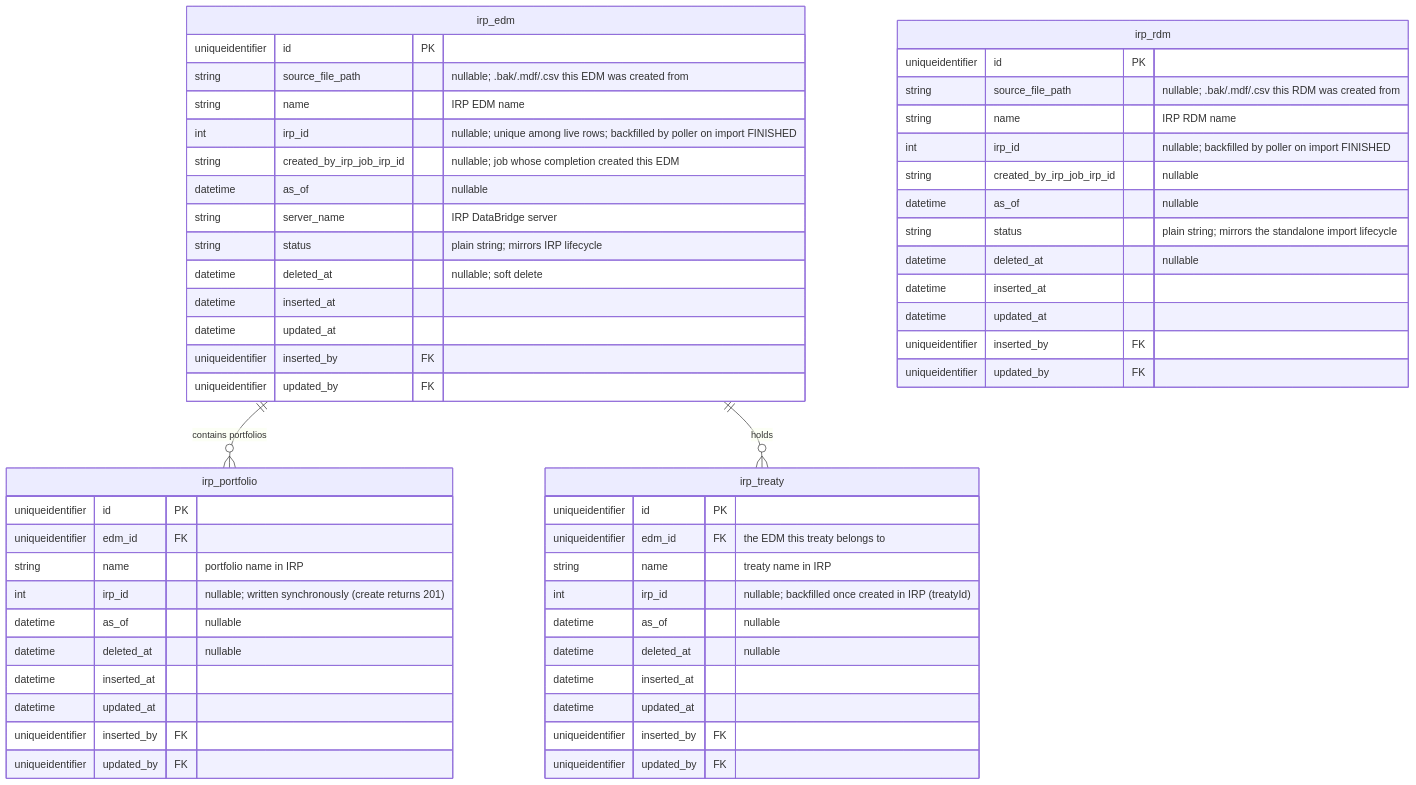
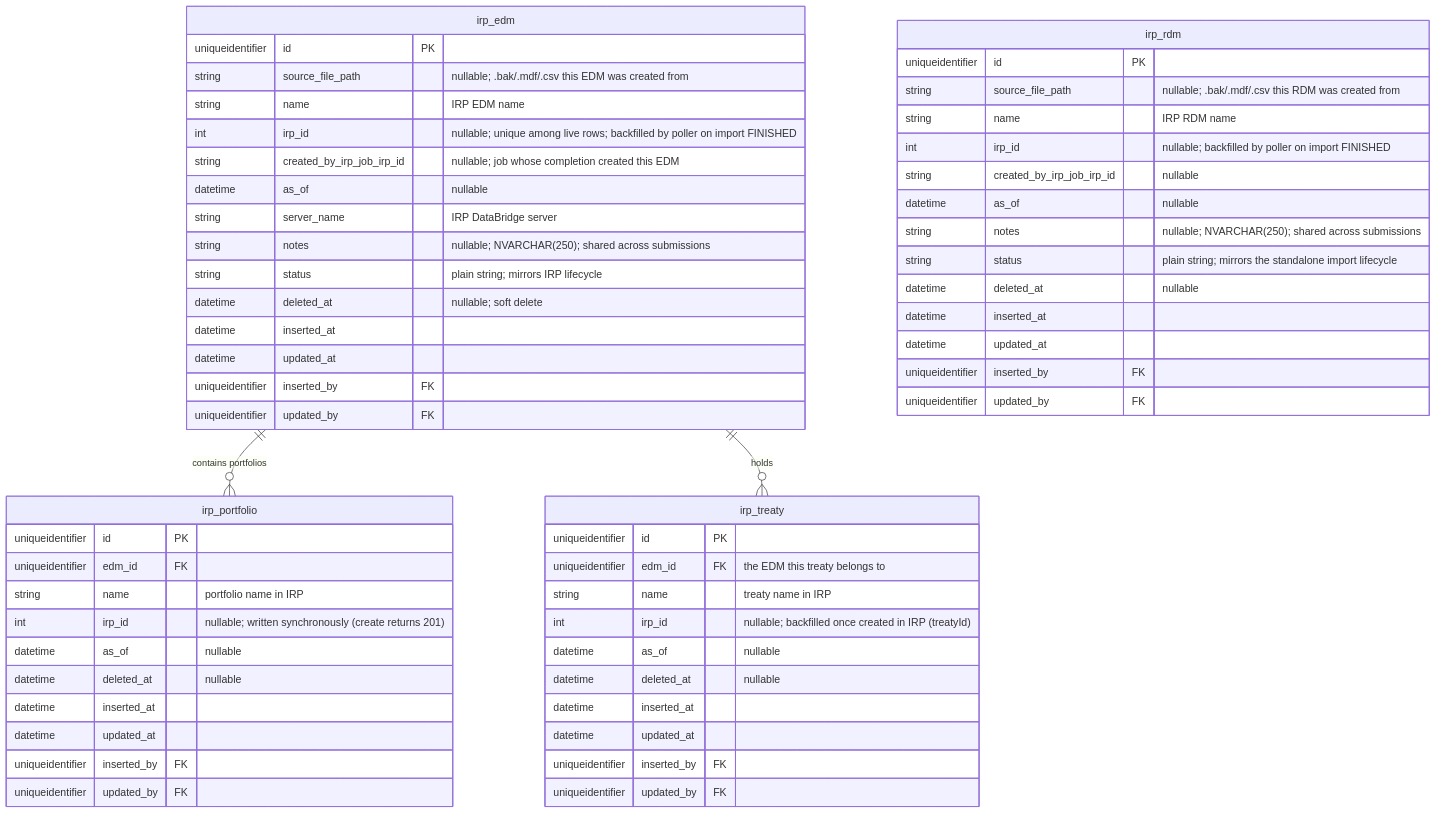
The third of 9 diagrams in docs/DATA_MODEL.md (anilvenugopal/risk-workbench), drawn with Mermaid before and after one commit. The commit also changed 28 other files, not shown here.

````diff
--- a/docs/DATA_MODEL.md
+++ b/docs/DATA_MODEL.md
@@ -184,59 +184,61 @@
 ```mermaid
 erDiagram
   irp_edm ||--o{ irp_portfolio : "contains portfolios"
   irp_edm ||--o{ irp_treaty : holds
 
   irp_edm {
     uniqueidentifier id PK
     string source_file_path "nullable; .bak/.mdf/.csv this EDM was created from"
     string name "IRP EDM name"
     int irp_id "nullable; unique among live rows; backfilled by poller on import FINISHED"
     string created_by_irp_job_irp_id "nullable; job whose completion created this EDM"
     datetime as_of "nullable"
     string server_name "IRP DataBridge server"
+    string notes "nullable; NVARCHAR(250); shared across submissions"
     string status "plain string; mirrors IRP lifecycle"
     datetime deleted_at "nullable; soft delete"
     datetime inserted_at
     datetime updated_at
     uniqueidentifier inserted_by FK
     uniqueidentifier updated_by FK
   }
   irp_rdm {
     uniqueidentifier id PK
     string source_file_path "nullable; .bak/.mdf/.csv this RDM was created from"
     string name "IRP RDM name"
     int irp_id "nullable; backfilled by poller on import FINISHED"
     string created_by_irp_job_irp_id "nullable"
     datetime as_of "nullable"
+    string notes "nullable; NVARCHAR(250); shared across submissions"
     string status "plain string; mirrors the standalone import lifecycle"
     datetime deleted_at "nullable"
     datetime inserted_at
     datetime updated_at
     uniqueidentifier inserted_by FK
     uniqueidentifier updated_by FK
   }
   irp_portfolio {
     uniqueidentifier id PK
     uniqueidentifier edm_id FK
     string name "portfolio name in IRP"
     int irp_id "nullable; written synchronously (create returns 201)"
     datetime as_of "nullable"
     datetime deleted_at "nullable"
     datetime inserted_at
     datetime updated_at
     uniqueidentifier inserted_by FK
     uniqueidentifier updated_by FK
   }
   irp_treaty {
     uniqueidentifier id PK
     uniqueidentifier edm_id FK "the EDM this treaty belongs to"
     string name "treaty name in IRP"
     int irp_id "nullable; backfilled once created in IRP (treatyId)"
     datetime as_of "nullable"
     datetime deleted_at "nullable"
     datetime inserted_at
     datetime updated_at
     uniqueidentifier inserted_by FK
     uniqueidentifier updated_by FK
   }
 ```
````
